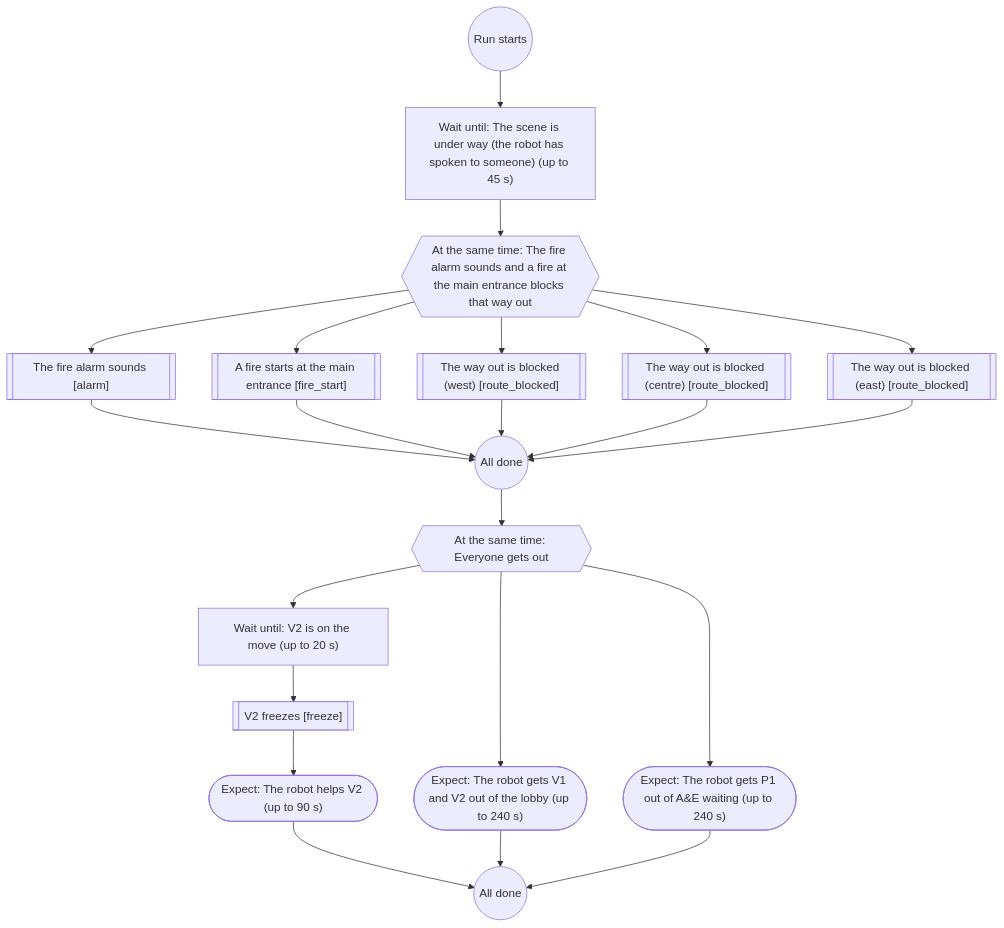
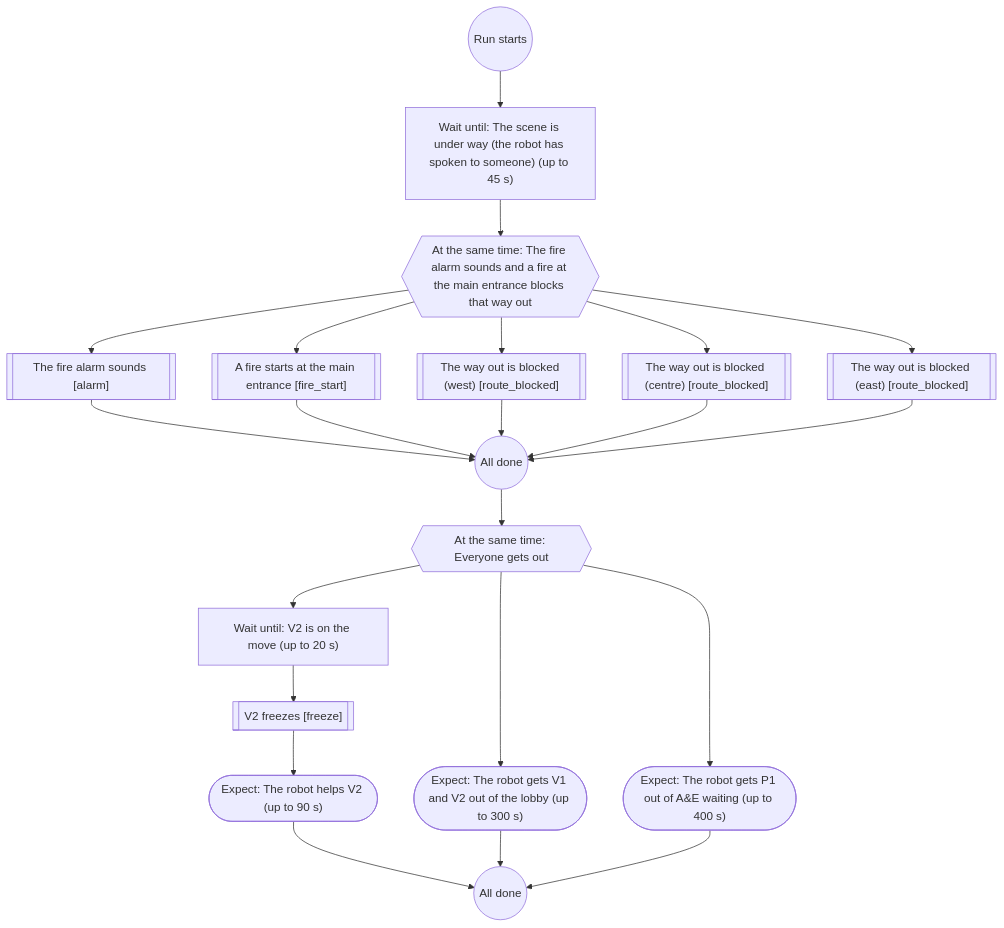
Before and after one commit to Bkrakshith/hospital-sim-agents: the second of 9 diagrams in docs/scenario-flows.md, drawn with Mermaid. The commit also changed other lines of this file and 12 other files, not shown here.

````diff
--- a/docs/scenario-flows.md
+++ b/docs/scenario-flows.md
@@ -45,40 +52,40 @@
 ```mermaid
 flowchart TD
   n1(("Run starts"))
   n2["Wait until: The scene is under way (the robot has spoken to someone) (up to 45 s)"]
   n1 --> n2
   n3{{"At the same time: The fire alarm sounds and a fire at the main entrance blocks that way out"}}
   n2 --> n3
   n4[["The fire alarm sounds [alarm]"]]
   n3 --> n4
   n5[["A fire starts at the main entrance [fire_start]"]]
   n3 --> n5
   n6[["The way out is blocked (west) [route_blocked]"]]
   n3 --> n6
   n7[["The way out is blocked (centre) [route_blocked]"]]
   n3 --> n7
   n8[["The way out is blocked (east) [route_blocked]"]]
   n3 --> n8
   n9(("All done"))
   n4 --> n9
   n5 --> n9
   n6 --> n9
   n7 --> n9
   n8 --> n9
   n10{{"At the same time: Everyone gets out"}}
   n9 --> n10
   n11["Wait until: V2 is on the move (up to 20 s)"]
   n10 --> n11
   n12[["V2 freezes [freeze]"]]
   n11 --> n12
   n13(["Expect: The robot helps V2 (up to 90 s)"])
   n12 --> n13
-  n14(["Expect: The robot gets V1 and V2 out of the lobby (up to 240 s)"])
+  n14(["Expect: The robot gets V1 and V2 out of the lobby (up to 300 s)"])
   n10 --> n14
-  n15(["Expect: The robot gets P1 out of A&E waiting (up to 240 s)"])
+  n15(["Expect: The robot gets P1 out of A&E waiting (up to 400 s)"])
   n10 --> n15
   n16(("All done"))
   n13 --> n16
   n14 --> n16
   n15 --> n16
 ```
````
